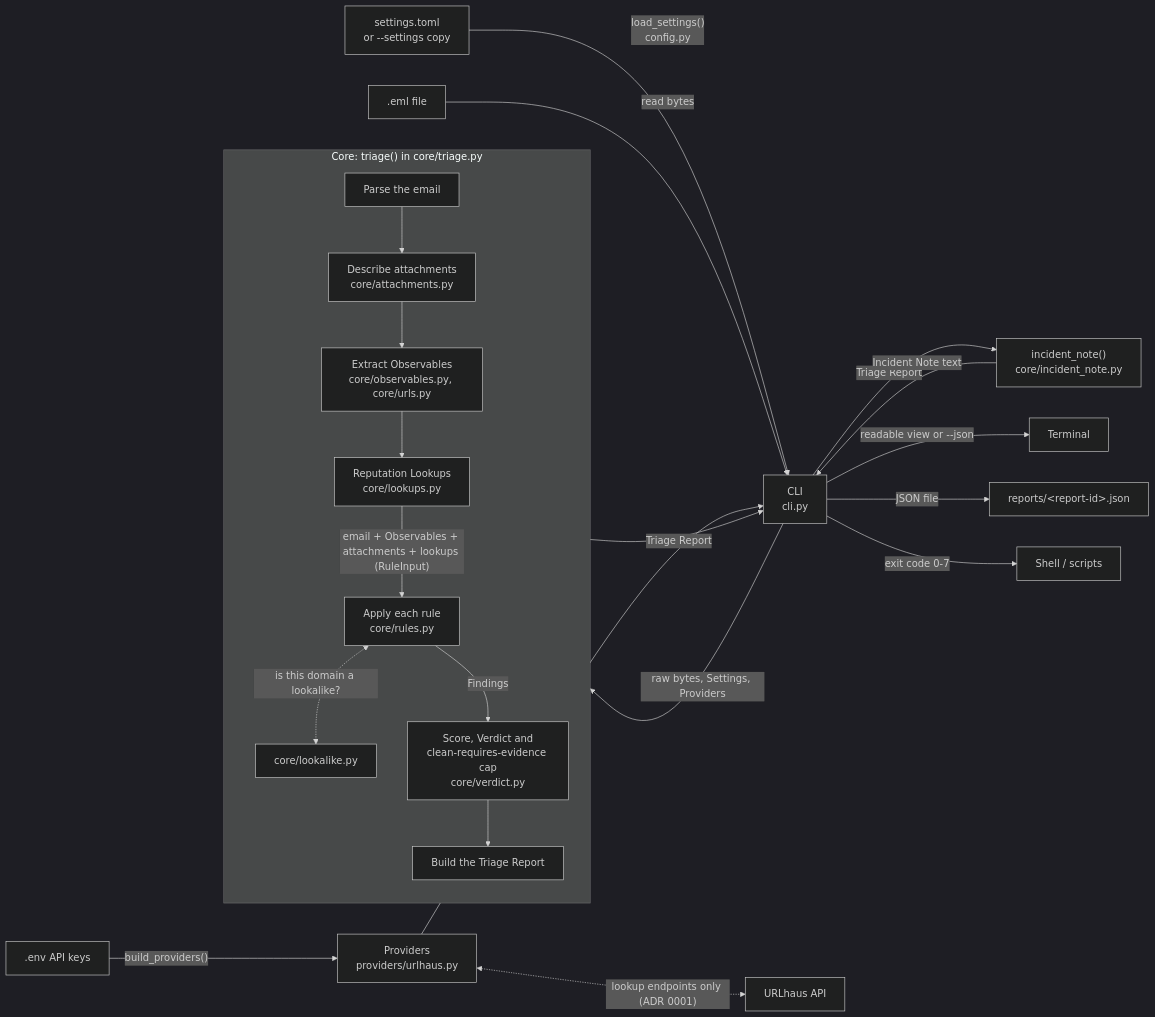
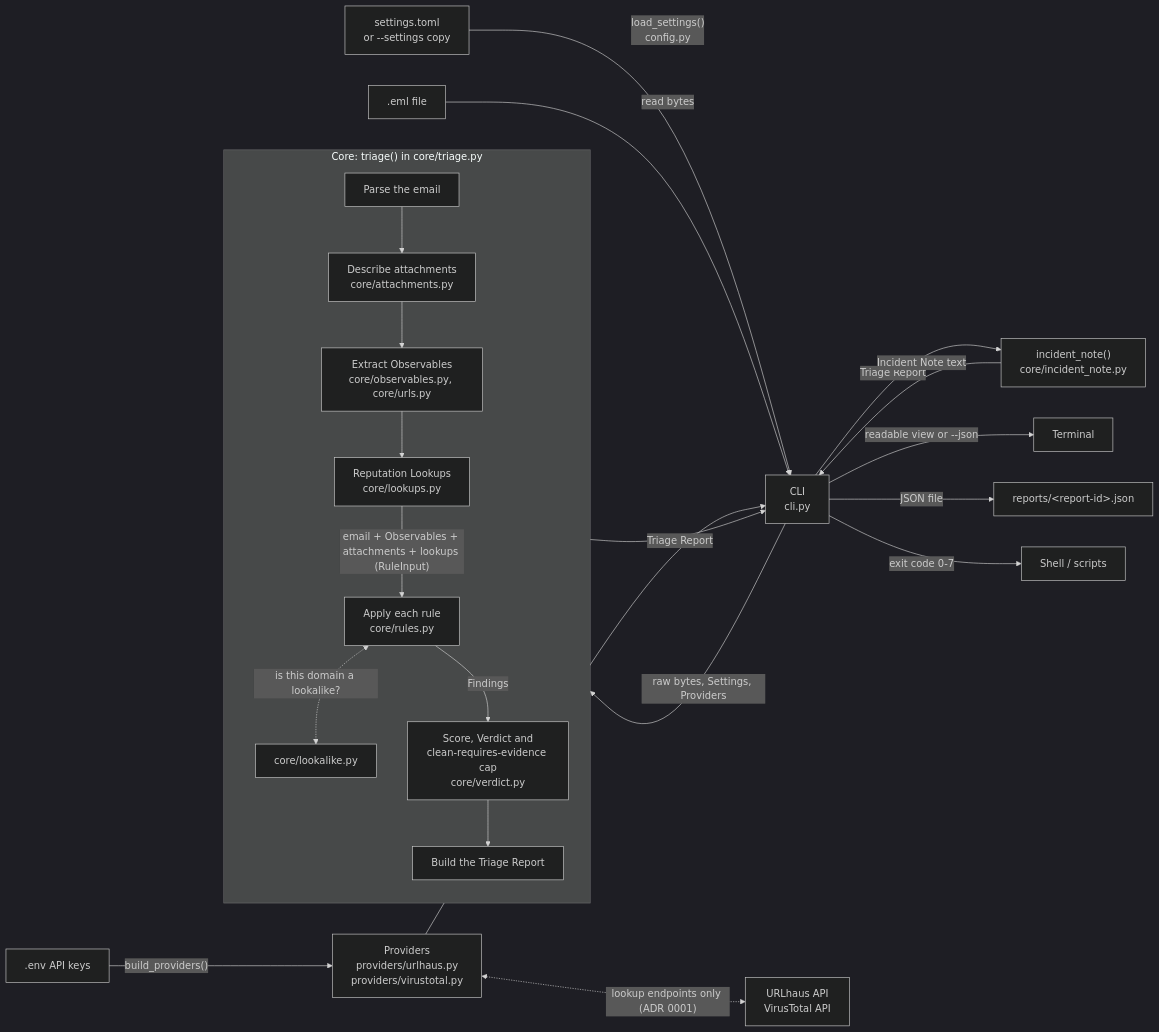
One commit to GiacomoBarry/phishing-triage changed the diagram in docs/ARCHITECTURE.md. Above: the diagram before and after it, drawn with Mermaid (dark theme). The commit also changed other lines of this file and 33 other files, not shown here.

First line of the commit message:
Add the VirusTotal Provider and the low-detection Finding

````diff
--- a/docs/ARCHITECTURE.md
+++ b/docs/ARCHITECTURE.md
@@ -17,27 +17,27 @@
 ```mermaid
 flowchart LR
     toml["settings.toml<br/>or --settings copy"] -->|"load_settings()<br/>config.py"| cli
     file[".eml file"] -->|read bytes| cli["CLI<br/>cli.py"]
-    env[".env API keys"] -->|"build_providers()"| providers["Providers<br/>providers/urlhaus.py"]
+    env[".env API keys"] -->|"build_providers()"| providers["Providers<br/>providers/urlhaus.py<br/>providers/virustotal.py"]
     providers --> cli
-    providers <-.->|"lookup endpoints only (ADR 0001)"| internet["URLhaus API"]
+    providers <-.->|"lookup endpoints only (ADR 0001)"| internet["URLhaus API<br/>VirusTotal API"]
     cli -->|"raw bytes, Settings, Providers"| core
 
     subgraph core["Core: triage() in core/triage.py"]
         direction TB
         parse["Parse the email"] --> attach["Describe attachments<br/>core/attachments.py"]
         attach --> extract["Extract Observables<br/>core/observables.py, core/urls.py"]
         extract --> lookups["Reputation Lookups<br/>core/lookups.py"]
         lookups -->|"email + Observables + attachments + lookups (RuleInput)"| rules["Apply each rule<br/>core/rules.py"]
         rules <-.->|"is this domain a lookalike?"| lookalike["core/lookalike.py"]
         rules -->|Findings| verdict["Score, Verdict and<br/>clean-requires-evidence cap<br/>core/verdict.py"]
         verdict --> build["Build the Triage Report"]
     end
 
     core -->|Triage Report| cli
     cli -->|Triage Report| note["incident_note()<br/>core/incident_note.py"]
     note -->|Incident Note text| cli
     cli -->|readable view or --json| terminal["Terminal"]
     cli -->|JSON file| reports["reports/&lt;report-id&gt;.json"]
     cli -->|exit code 0-7| shell["Shell / scripts"]
 ```
````
